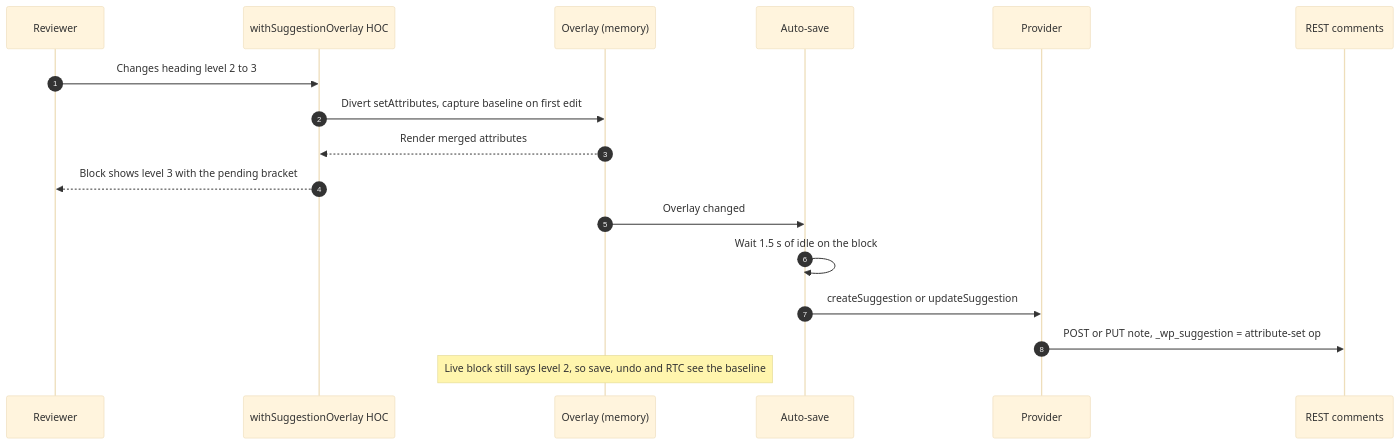
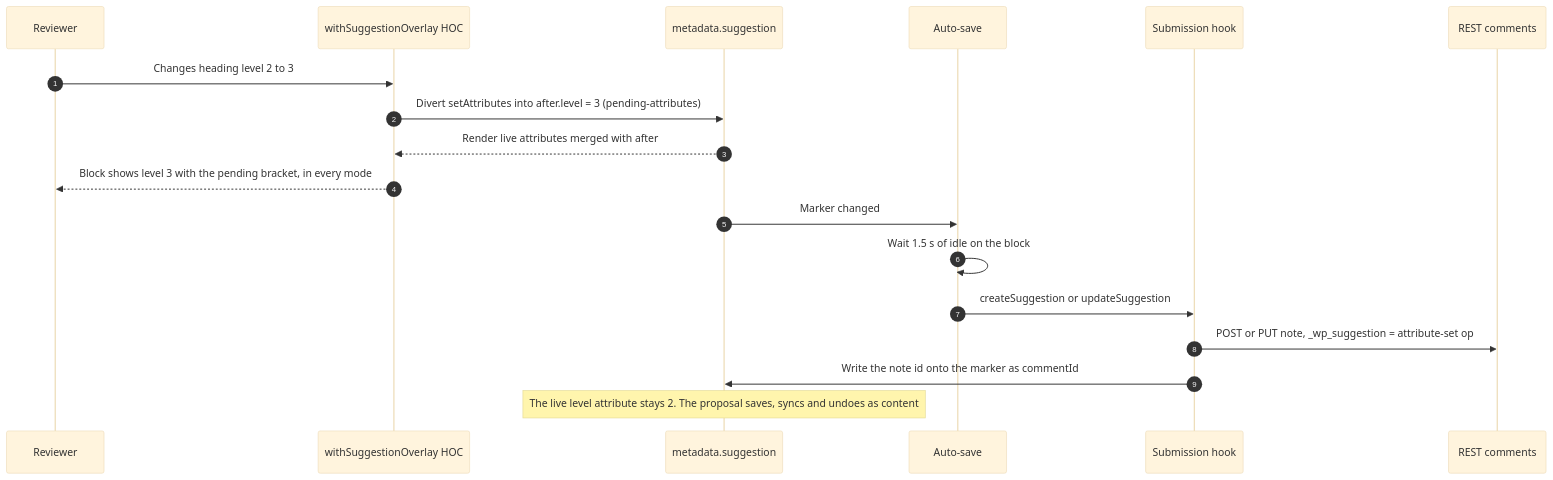
The sixth of 8 diagrams in docs/explanations/architecture/suggestions-overview.md (WordPress/gutenberg), drawn with Mermaid (base theme) before and after one commit. The commit also changed other lines of this file, not shown here.

First line of the commit message:
Suggestion mode: Describe attribute proposals and the store split in the overview

````diff
--- a/docs/explanations/architecture/suggestions-overview.md
+++ b/docs/explanations/architecture/suggestions-overview.md
@@ -224,20 +225,21 @@
 ```mermaid
 sequenceDiagram
     autonumber
     participant R as Reviewer
     participant H as withSuggestionOverlay HOC
-    participant O as Overlay (memory)
+    participant M as metadata.suggestion
     participant A as Auto-save
-    participant P as Provider
+    participant P as Submission hook
     participant API as REST comments
 
     R->>H: Changes heading level 2 to 3
-    H->>O: Divert setAttributes, capture baseline on first edit
-    O-->>H: Render merged attributes
-    H-->>R: Block shows level 3 with the pending bracket
-    O->>A: Overlay changed
+    H->>M: Divert setAttributes into after.level = 3 (pending-attributes)
+    M-->>H: Render live attributes merged with after
+    H-->>R: Block shows level 3 with the pending bracket, in every mode
+    M->>A: Marker changed
     A->>A: Wait 1.5 s of idle on the block
     A->>P: createSuggestion or updateSuggestion
     P->>API: POST or PUT note, _wp_suggestion = attribute-set op
-    Note over O: Live block still says level 2, so save, undo and RTC see the baseline
+    P->>M: Write the note id onto the marker as commentId
+    Note over M: The live level attribute stays 2. The proposal saves, syncs and undoes as content
 ```
````
